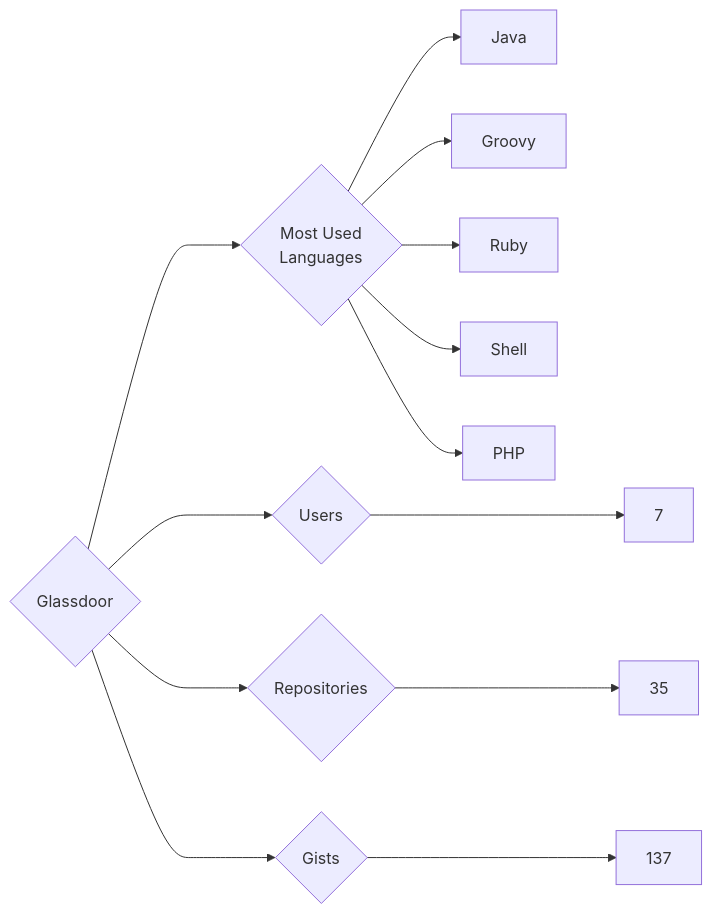
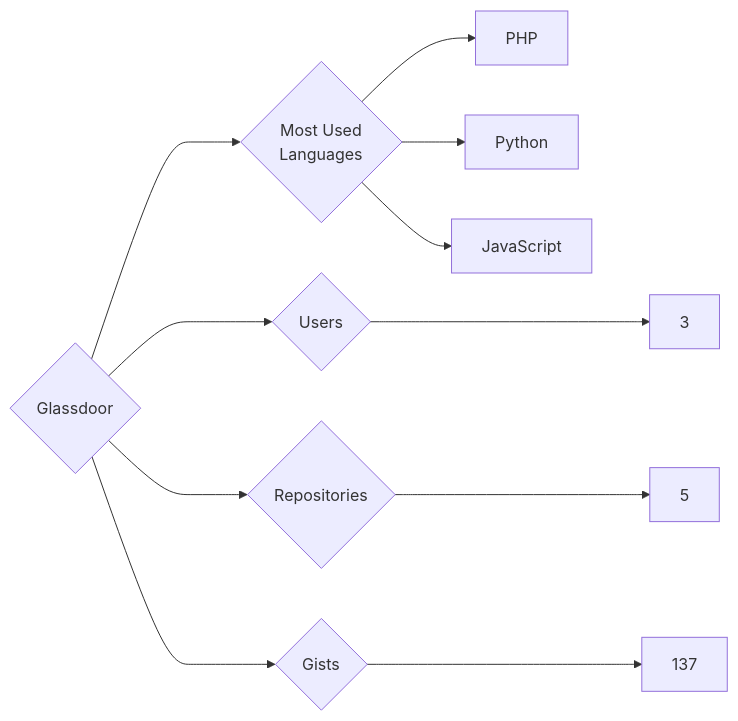
One commit to trickest/insiders changed the diagram in targets/Glassdoor/README.md. Above: the diagram before and after it, drawn with Mermaid. The commit also changed 933 other files, not shown here.

````diff
--- a/targets/Glassdoor/README.md
+++ b/targets/Glassdoor/README.md
@@ -3,13 +3,11 @@
 ```mermaid
 graph LR
 COMPANY_NAME{Glassdoor}
-COMPANY_NAME ---> U{Users} ---> UN[7]
-COMPANY_NAME ---> R{Repositories} ---> RN[35]
+COMPANY_NAME ---> U{Users} ---> UN[3]
+COMPANY_NAME ---> R{Repositories} ---> RN[5]
 COMPANY_NAME ---> G{Gists} ---> GN[137]
 COMPANY_NAME ---> ML{Most Used<br>Languages}
-ML --> Java[Java]
-ML --> Groovy[Groovy]
-ML --> Ruby[Ruby]
-ML --> Shell[Shell]
 ML --> PHP[PHP]
+ML --> Python[Python]
+ML --> JavaScript[JavaScript]
 ```
````
